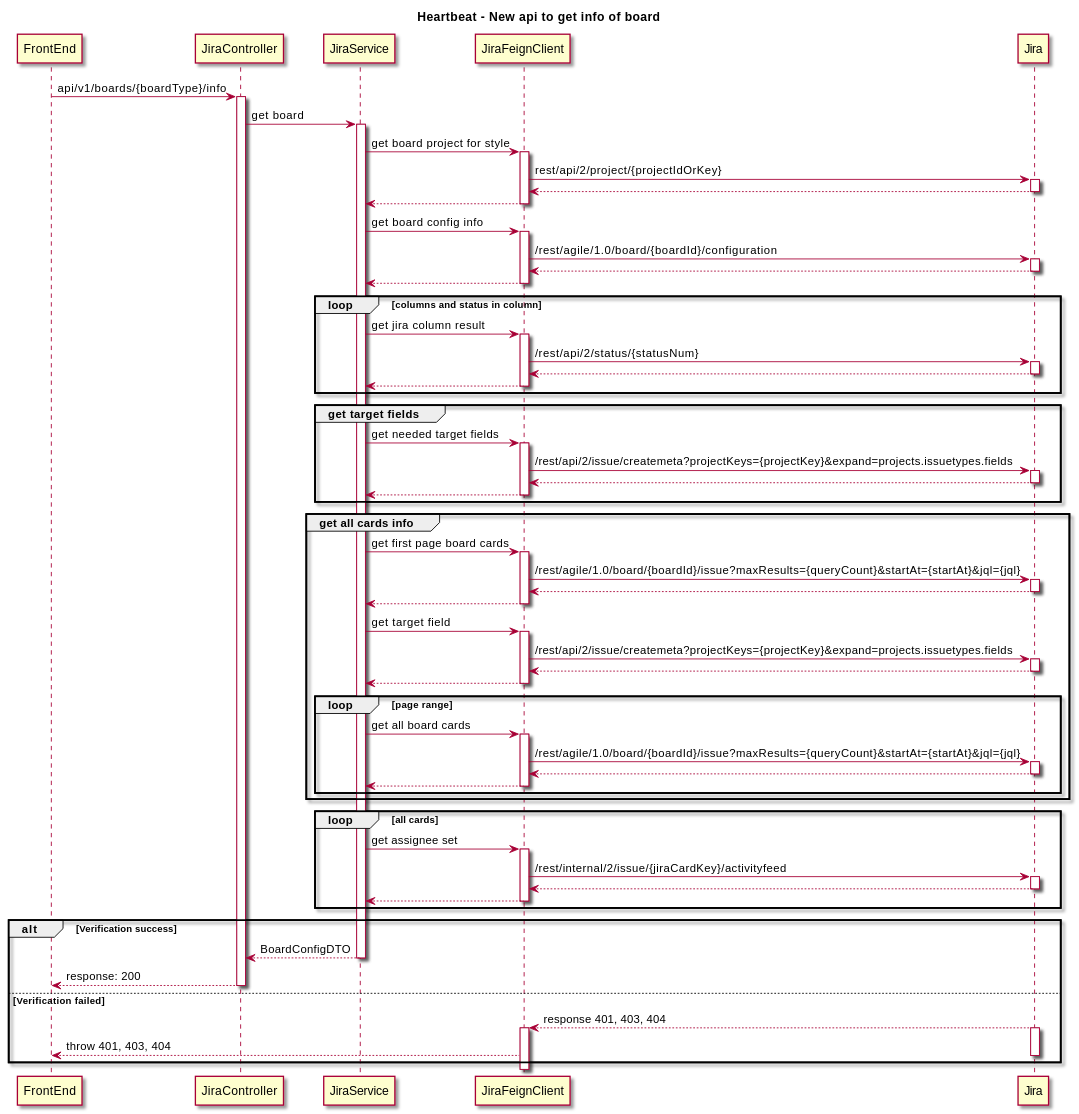
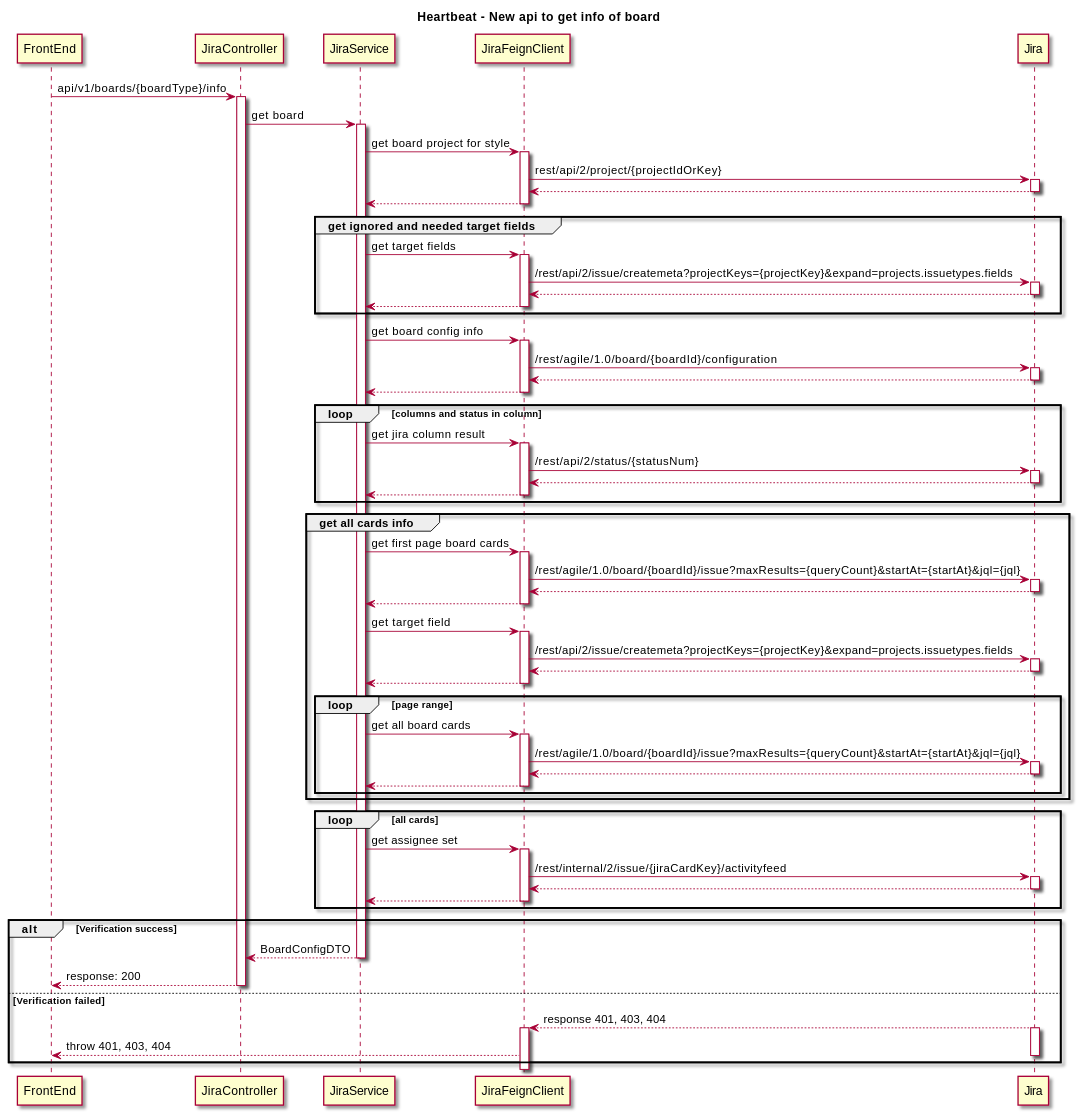
One commit to thoughtworks/HeartBeat changed the second of 2 diagrams in docs/src/content/docs/en/spikes/tech-spikes-split-verification-of-board.mdx. Above: the diagram before and after it, drawn with PlantUML.

Commit message:
ADM-708:[docs]feat: update get info board sequence diagram

```diff
--- a/docs/src/content/docs/en/spikes/tech-spikes-split-verification-of-board.mdx
+++ b/docs/src/content/docs/en/spikes/tech-spikes-split-verification-of-board.mdx
@@ -261,6 +261,16 @@
     deactivate Jira
     JiraFeignClient --> JiraService
     deactivate JiraFeignClient
+    group get ignored and needed target fields
+        JiraService -> JiraFeignClient: get target fields
+        activate JiraFeignClient
+        JiraFeignClient -> Jira: /rest/api/2/issue/createmeta?projectKeys={projectKey}&expand=projects.issuetypes.fields
+        activate Jira
+        Jira --> JiraFeignClient
+        deactivate Jira
+        JiraFeignClient --> JiraService
+        deactivate JiraFeignClient
+    end
     JiraService -> JiraFeignClient: get board config info
     activate JiraFeignClient
     JiraFeignClient -> Jira: /rest/agile/1.0/board/{boardId}/configuration
@@ -273,16 +283,6 @@
         JiraService -> JiraFeignClient: get jira column result
         activate JiraFeignClient
         JiraFeignClient -> Jira: /rest/api/2/status/{statusNum}
-        activate Jira
-        Jira --> JiraFeignClient
-        deactivate Jira
-        JiraFeignClient --> JiraService
-        deactivate JiraFeignClient
-    end
-    group get target fields
-        JiraService -> JiraFeignClient: get needed target fields
-        activate JiraFeignClient
-        JiraFeignClient -> Jira: /rest/api/2/issue/createmeta?projectKeys={projectKey}&expand=projects.issuetypes.fields
         activate Jira
         Jira --> JiraFeignClient
         deactivate Jira
```
